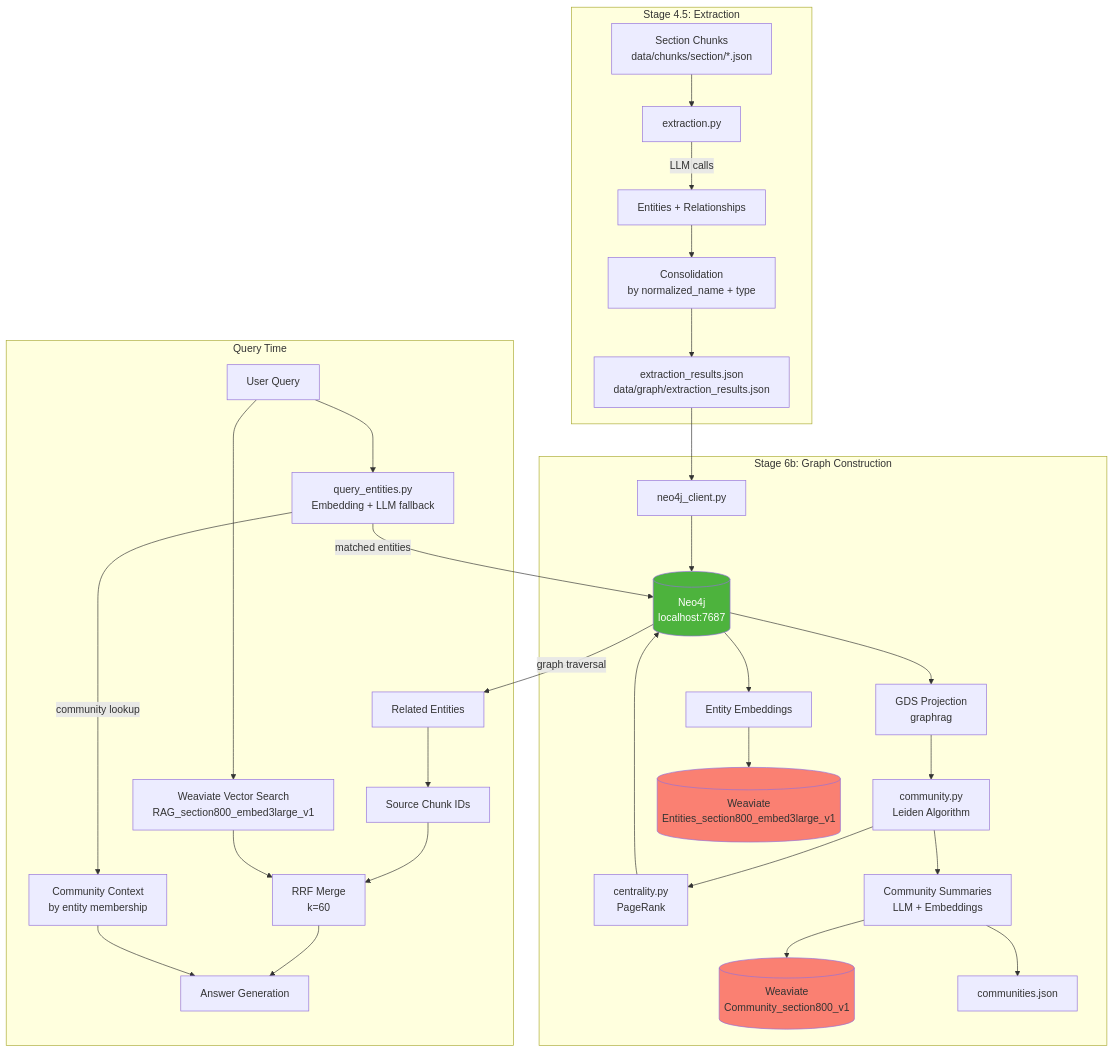
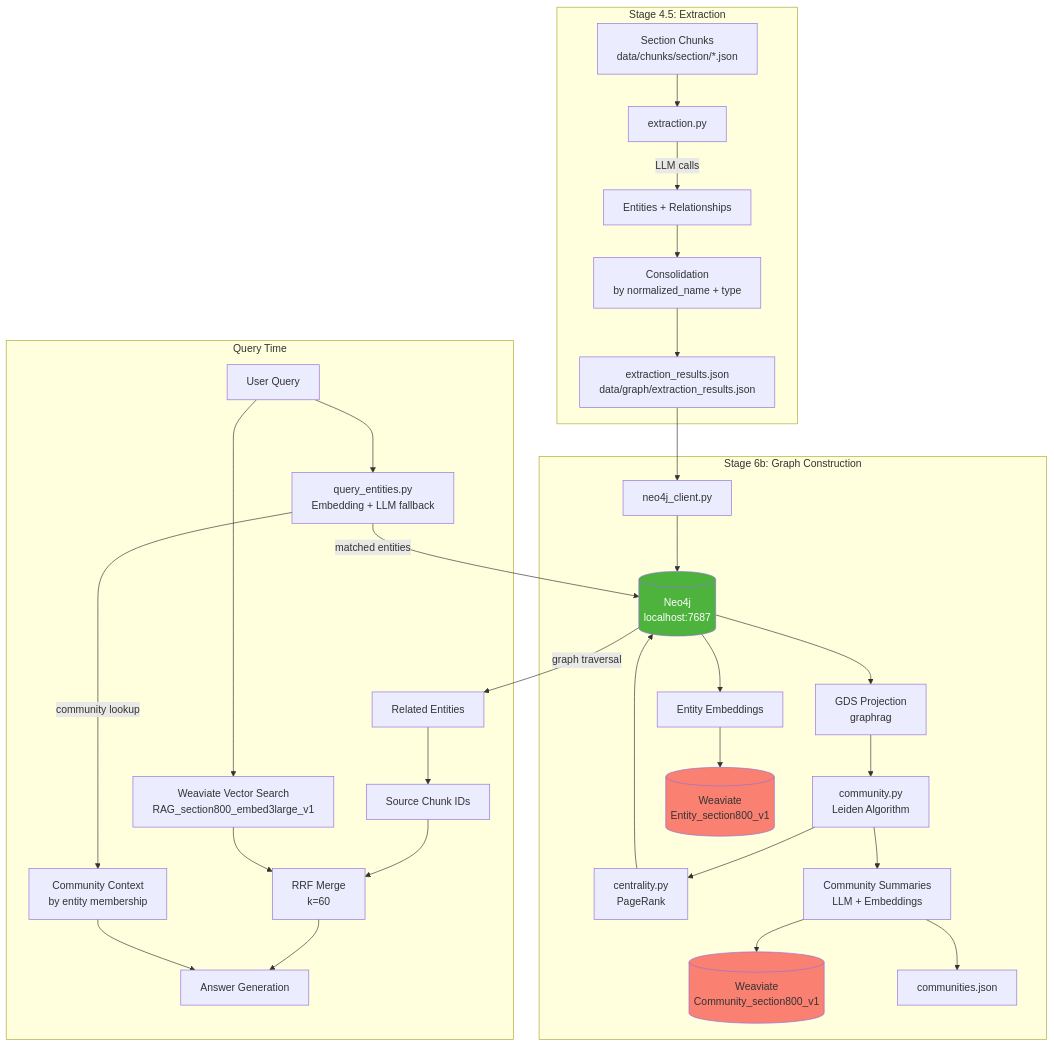
Before and after one commit to crlsrmrlsz/raglab: the first of 8 diagrams in memory-bank/graphrag/graphrag_raglab_implementation.md, drawn with Mermaid. The commit also changed other lines of this file, not shown here.

First line of the commit message:
docs(graphrag): fix entity collection name in implementation doc

````diff
--- a/memory-bank/graphrag/graphrag_raglab_implementation.md
+++ b/memory-bank/graphrag/graphrag_raglab_implementation.md
@@ -34,47 +34,47 @@
 ```mermaid
 flowchart TB
     subgraph Phase1["Stage 4.5: Extraction"]
         CHUNKS[Section Chunks<br/>data/chunks/section/*.json] --> EXTRACT[extraction.py]
         EXTRACT --> |LLM calls| ENTITIES[Entities + Relationships]
         ENTITIES --> CONSOLIDATE[Consolidation<br/>by normalized_name + type]
         CONSOLIDATE --> RESULTS[extraction_results.json<br/>data/graph/extraction_results.json]
     end
 
     subgraph Phase2["Stage 6b: Graph Construction"]
         RESULTS --> UPLOAD[neo4j_client.py]
         UPLOAD --> NEO4J[(Neo4j<br/>localhost:7687)]
 
         NEO4J --> GDS[GDS Projection<br/>graphrag]
         GDS --> LEIDEN[community.py<br/>Leiden Algorithm]
         LEIDEN --> PAGERANK[centrality.py<br/>PageRank]
         PAGERANK --> NEO4J
 
         LEIDEN --> SUMMARY[Community Summaries<br/>LLM + Embeddings]
         SUMMARY --> WEAVIATE_COMM[(Weaviate<br/>Community_section800_v1)]
         SUMMARY --> JSON[communities.json]
 
         NEO4J --> ENTITY_EMB[Entity Embeddings]
-        ENTITY_EMB --> WEAVIATE_ENT[(Weaviate<br/>Entities_section800_embed3large_v1)]
+        ENTITY_EMB --> WEAVIATE_ENT[(Weaviate<br/>Entity_section800_v1)]
     end
 
     subgraph Phase3["Query Time"]
         QUERY[User Query] --> ENTITY_EXT[query_entities.py<br/>Embedding + LLM fallback]
         ENTITY_EXT --> |matched entities| NEO4J
         NEO4J --> |graph traversal| NEIGHBORS[Related Entities]
         NEIGHBORS --> CHUNK_IDS[Source Chunk IDs]
 
         QUERY --> VECTOR[Weaviate Vector Search<br/>RAG_section800_embed3large_v1]
 
         CHUNK_IDS --> RRF[RRF Merge<br/>k=60]
         VECTOR --> RRF
 
         ENTITY_EXT --> |community lookup| COMM_CTX[Community Context<br/>by entity membership]
 
         RRF --> GENERATION[Answer Generation]
         COMM_CTX --> GENERATION
     end
 
     style NEO4J fill:#4db33d,color:white
     style WEAVIATE_COMM fill:#fa8072
     style WEAVIATE_ENT fill:#fa8072
 ```
````
